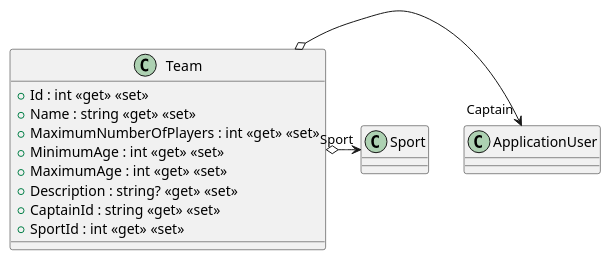
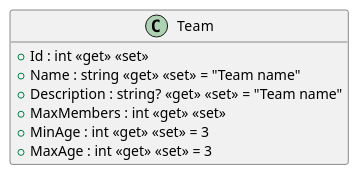
Before and after one commit to ISII2627Erasmus/Barca: the diagram in src/AppForSEII.API/ClassDiagram/Team.puml, drawn with PlantUML. The commit also changed 9 other files, not shown here.

Commit message:
Update models and class diagrams for Create Team use case. ApplicationUser.puml file was accidentally duplicated so the extra one is deleted.

```diff
--- a/src/AppForSEII.API/ClassDiagram/Team.puml
+++ b/src/AppForSEII.API/ClassDiagram/Team.puml
@@ -1,12 +1,12 @@
+@startuml
+hide methods
 class Team {
     + Id : int <<get>> <<set>>
-    + Name : string <<get>> <<set>>
-    + MaximumNumberOfPlayers : int <<get>> <<set>>
-    + MinimumAge : int <<get>> <<set>>
-    + MaximumAge : int <<get>> <<set>>
-    + Description : string? <<get>> <<set>>
-    + CaptainId : string <<get>> <<set>>
-    + SportId : int <<get>> <<set>>
+    + Name : string <<get>> <<set>> = "Team name"
+    + Description : string? <<get>> <<set>> = "Team name"
+    + MaxMembers : int <<get>> <<set>>
+    + MinAge : int <<get>> <<set>> = 3
+    + MaxAge : int <<get>> <<set>> = 3
 }
-Team o-> "Captain" ApplicationUser
-Team o-> "Sport" Sport
+
+@enduml
```
